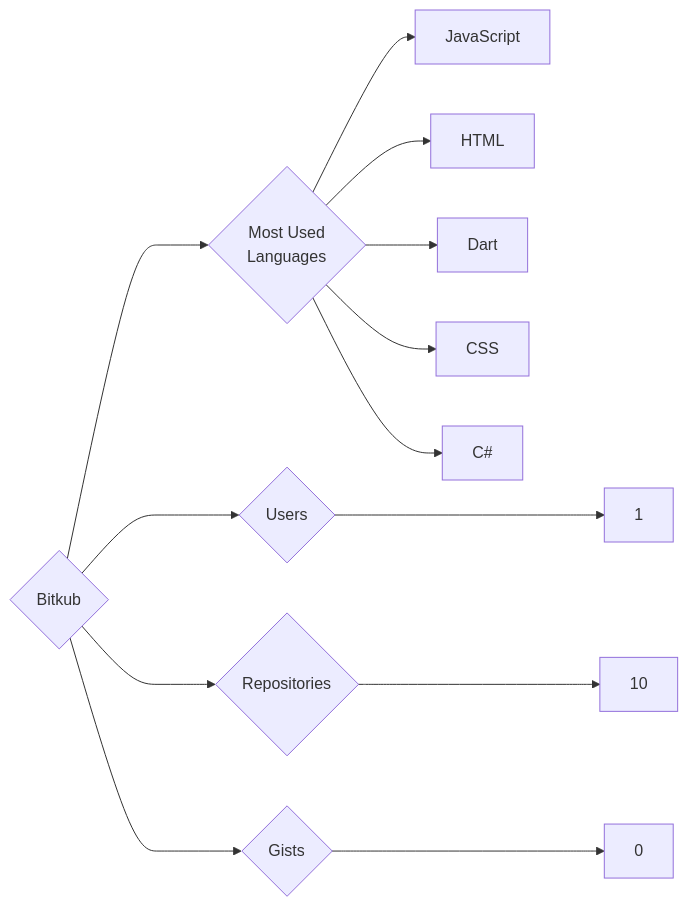
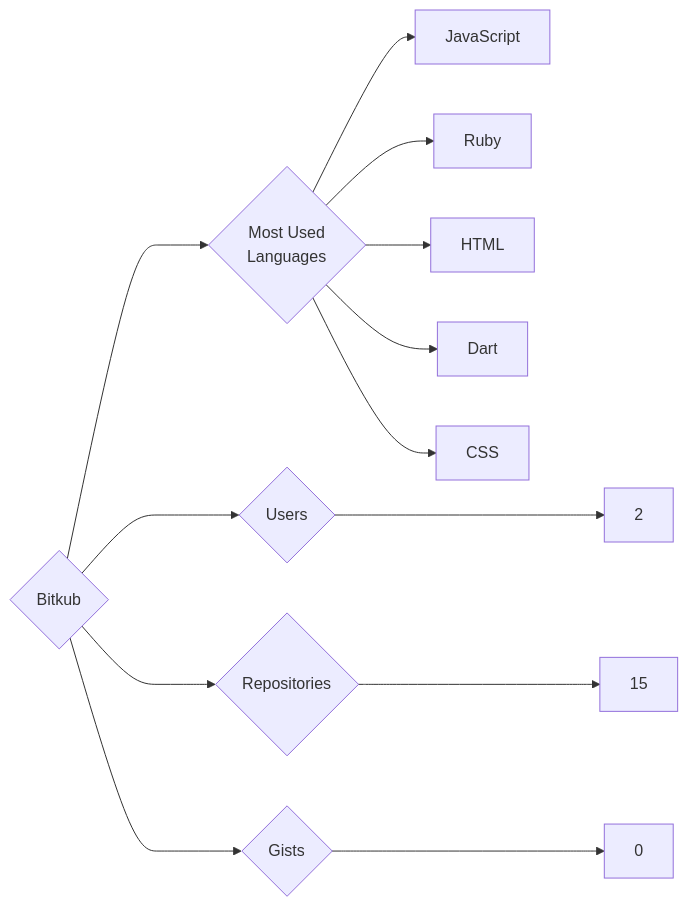
One commit to trickest/insiders changed the diagram in targets/Bitkub/README.md. Above: the diagram before and after it, drawn with Mermaid. The commit also changed 993 other files, not shown here.

````diff
--- a/targets/Bitkub/README.md
+++ b/targets/Bitkub/README.md
@@ -3,13 +3,13 @@
 ```mermaid
 graph LR
 COMPANY_NAME{Bitkub}
-COMPANY_NAME ---> U{Users} ---> UN[1]
-COMPANY_NAME ---> R{Repositories} ---> RN[10]
+COMPANY_NAME ---> U{Users} ---> UN[2]
+COMPANY_NAME ---> R{Repositories} ---> RN[15]
 COMPANY_NAME ---> G{Gists} ---> GN[0]
 COMPANY_NAME ---> ML{Most Used<br>Languages}
 ML --> JavaScript[JavaScript]
+ML --> Ruby[Ruby]
 ML --> HTML[HTML]
 ML --> Dart[Dart]
 ML --> CSS[CSS]
-ML --> C#[C#]
 ```
````
